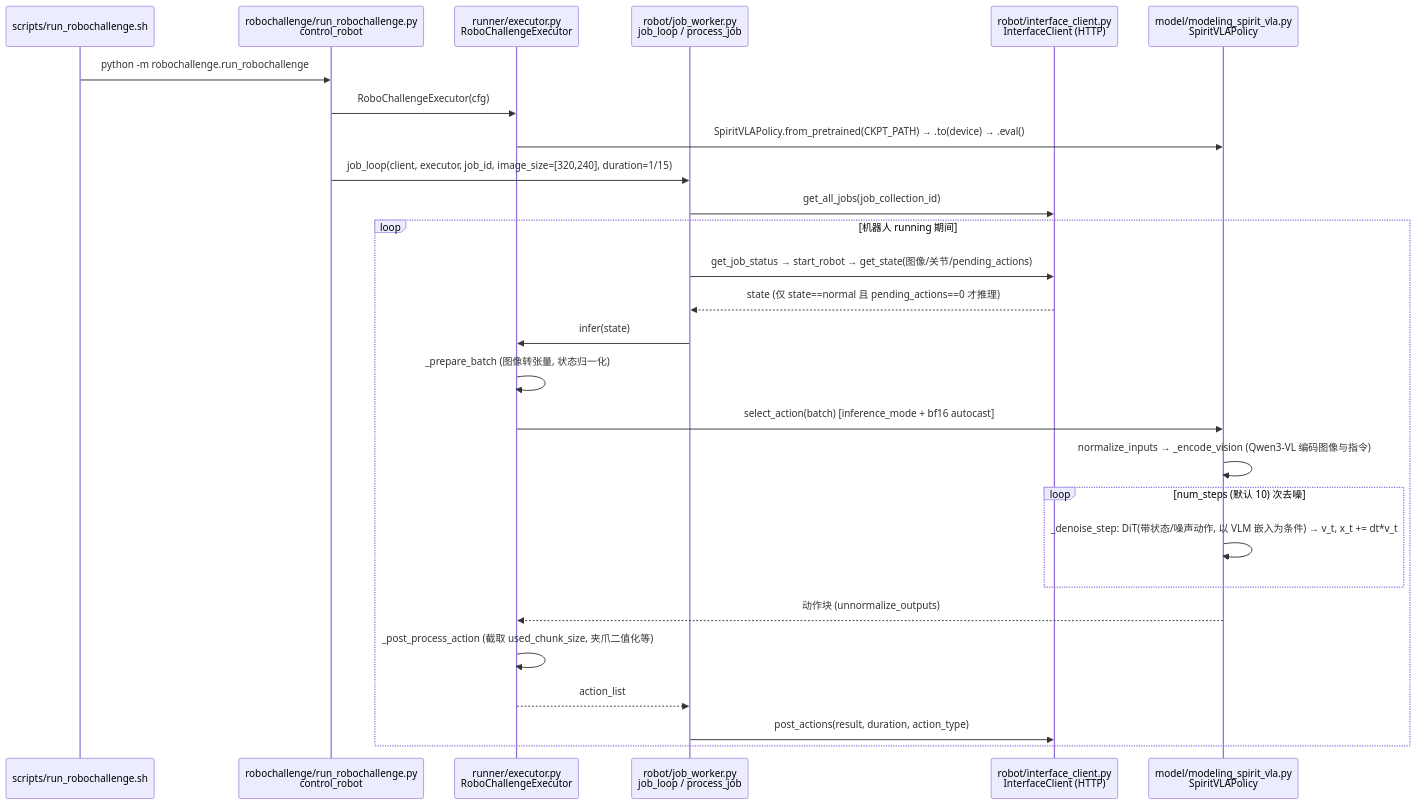
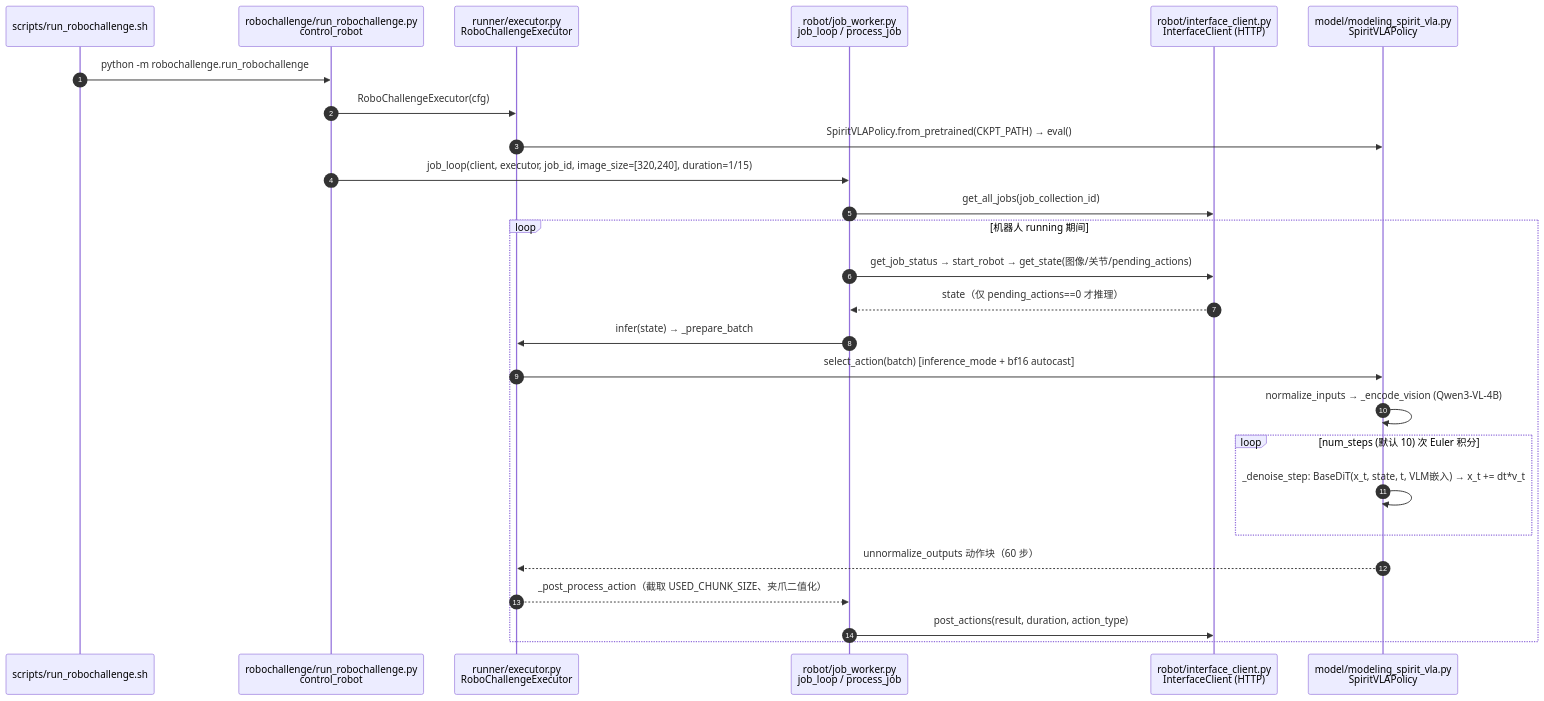
Before and after one commit to ImChong/Robotics_Notebooks: the second of 3 diagrams in wiki/entities/cn-os-spirit-v1-5.md, drawn with Mermaid. The commit also changed other lines of this file and 15 other files, not shown here.

````diff
--- a/wiki/entities/cn-os-spirit-v1-5.md
+++ b/wiki/entities/cn-os-spirit-v1-5.md
@@ -62,29 +119,28 @@
 ```mermaid
 sequenceDiagram
+    autonumber
     participant SH as scripts/run_robochallenge.sh
     participant RC as robochallenge/run_robochallenge.py<br/>control_robot
     participant EX as runner/executor.py<br/>RoboChallengeExecutor
     participant JW as robot/job_worker.py<br/>job_loop / process_job
     participant IC as robot/interface_client.py<br/>InterfaceClient (HTTP)
     participant POL as model/modeling_spirit_vla.py<br/>SpiritVLAPolicy
     SH->>RC: python -m robochallenge.run_robochallenge
     RC->>EX: RoboChallengeExecutor(cfg)
-    EX->>POL: SpiritVLAPolicy.from_pretrained(CKPT_PATH) → .to(device) → .eval()
+    EX->>POL: SpiritVLAPolicy.from_pretrained(CKPT_PATH) → eval()
     RC->>JW: job_loop(client, executor, job_id, image_size=[320,240], duration=1/15)
     JW->>IC: get_all_jobs(job_collection_id)
     loop 机器人 running 期间
         JW->>IC: get_job_status → start_robot → get_state(图像/关节/pending_actions)
-        IC-->>JW: state (仅 state==normal 且 pending_actions==0 才推理)
-        JW->>EX: infer(state)
-        EX->>EX: _prepare_batch (图像转张量, 状态归一化)
+        IC-->>JW: state（仅 pending_actions==0 才推理）
+        JW->>EX: infer(state) → _prepare_batch
         EX->>POL: select_action(batch) [inference_mode + bf16 autocast]
-        POL->>POL: normalize_inputs → _encode_vision (Qwen3-VL 编码图像与指令)
-        loop num_steps (默认 10) 次去噪
-            POL->>POL: _denoise_step: DiT(带状态/噪声动作, 以 VLM 嵌入为条件) → v_t, x_t += dt*v_t
+        POL->>POL: normalize_inputs → _encode_vision (Qwen3-VL-4B)
+        loop num_steps (默认 10) 次 Euler 积分
+            POL->>POL: _denoise_step: BaseDiT(x_t, state, t, VLM嵌入) → x_t += dt*v_t
         end
-        POL-->>EX: 动作块 (unnormalize_outputs)
-        EX->>EX: _post_process_action (截取 used_chunk_size, 夹爪二值化等)
-        EX-->>JW: action_list
+        POL-->>EX: unnormalize_outputs 动作块（60 步）
+        EX-->>JW: _post_process_action（截取 USED_CHUNK_SIZE、夹爪二值化）
         JW->>IC: post_actions(result, duration, action_type)
     end
 ```
````
